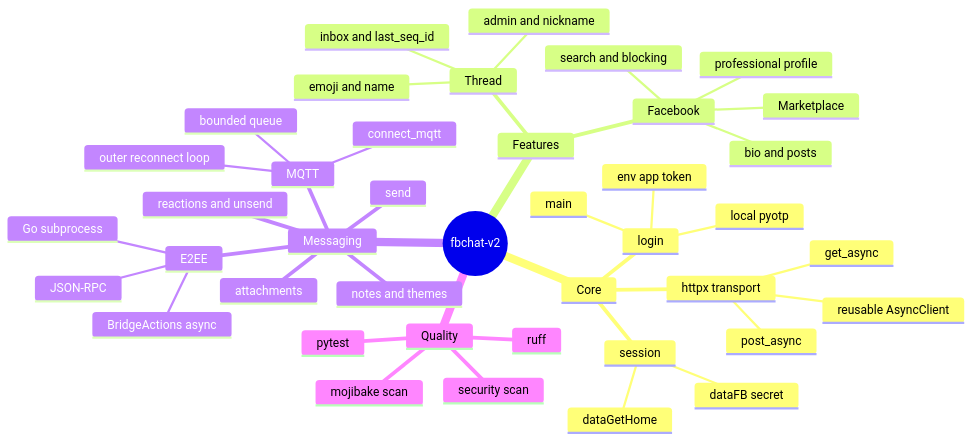
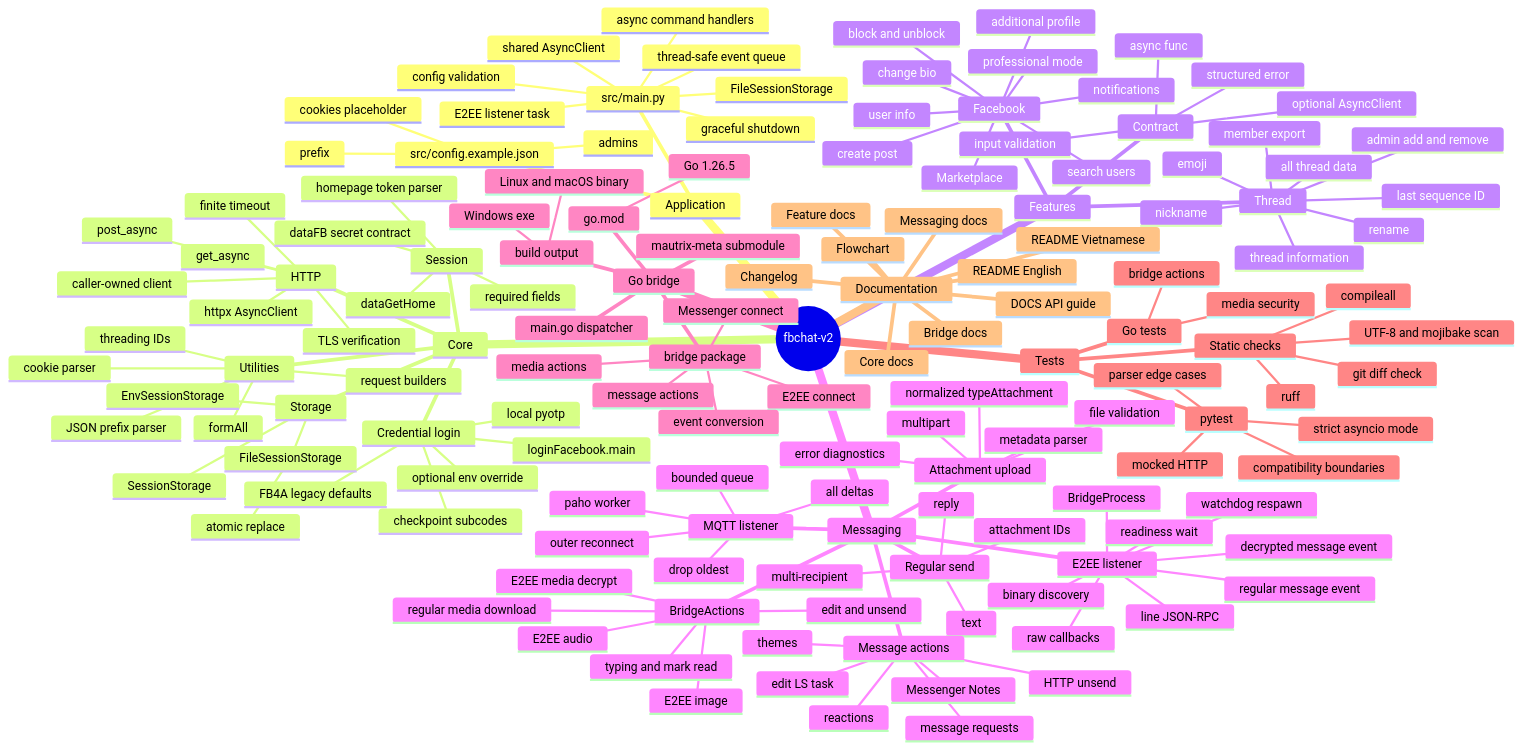
One commit to m008v/fbchat-v2 changed the diagram in mindmap-mermaid.md. Above: the diagram before and after it, drawn with Mermaid. The commit also changed other lines of this file and 19 other files, not shown here.

Commit message:
docs(release): prepare v2.2.0 async documentation

````diff
--- a/mindmap-mermaid.md
+++ b/mindmap-mermaid.md
@@ -3,44 +5,151 @@
 ```mermaid
 mindmap
   root((fbchat-v2))
+    Application
+      src/main.py
+        config validation
+        FileSessionStorage
+        shared AsyncClient
+        E2EE listener task
+        thread-safe event queue
+        async command handlers
+        graceful shutdown
+      src/config.example.json
+        cookies placeholder
+        prefix
+        admins
     Core
-      httpx transport
+      Session
+        dataGetHome
+        homepage token parser
+        required fields
+        dataFB secret contract
+      Storage
+        SessionStorage
+        FileSessionStorage
+          atomic replace
+        EnvSessionStorage
+      HTTP
+        httpx AsyncClient
         post_async
         get_async
-        reusable AsyncClient
-      session
-        dataGetHome
-        dataFB secret
-      login
-        main
+        finite timeout
+        TLS verification
+        caller-owned client
+      Utilities
+        formAll
+        request builders
+        JSON prefix parser
+        cookie parser
+        threading IDs
+      Credential login
+        loginFacebook.main
+        FB4A legacy defaults
+        optional env override
         local pyotp
-        env app token
+        checkpoint subcodes
     Features
       Facebook
-        bio and posts
-        search and blocking
-        professional profile
+        change bio
+        create post
+        search users
+        user info
+        notifications
+        block and unblock
+        professional mode
+        additional profile
         Marketplace
       Thread
-        inbox and last_seq_id
-        admin and nickname
-        emoji and name
+        all thread data
+        last sequence ID
+        thread information
+        member export
+        rename
+        emoji
+        nickname
+        admin add and remove
+      Contract
+        async func
+        optional AsyncClient
+        input validation
+        structured error
     Messaging
-      send
-      attachments
-      reactions and unsend
-      notes and themes
-      MQTT
-        connect_mqtt
+      Regular send
+        text
+        multi-recipient
+        reply
+        attachment IDs
+      Attachment upload
+        file validation
+        multipart
+        metadata parser
+        normalized typeAttachment
+        error diagnostics
+      MQTT listener
+        paho worker
         bounded queue
-        outer reconnect loop
-      E2EE
-        Go subprocess
-        JSON-RPC
-        BridgeActions async
-    Quality
+        drop oldest
+        all deltas
+        outer reconnect
+      Message actions
+        reactions
+        edit LS task
+        HTTP unsend
+        message requests
+        themes
+        Messenger Notes
+      E2EE listener
+        binary discovery
+        BridgeProcess
+        line JSON-RPC
+        readiness wait
+        raw callbacks
+        regular message event
+        decrypted message event
+        watchdog respawn
+      BridgeActions
+        edit and unsend
+        typing and mark read
+        E2EE image
+        E2EE audio
+        regular media download
+        E2EE media decrypt
+    Go bridge
+      main.go dispatcher
+      bridge package
+        Messenger connect
+        E2EE connect
+        event conversion
+        message actions
+        media actions
+      mautrix-meta submodule
+      go.mod
+        Go 1.26.5
+      build output
+        Windows exe
+        Linux and macOS binary
+    Tests
       pytest
-      ruff
-      mojibake scan
-      security scan
+        strict asyncio mode
+        mocked HTTP
+        parser edge cases
+        compatibility boundaries
+      Go tests
+        bridge actions
+        media security
+      Static checks
+        ruff
+        compileall
+        git diff check
+        UTF-8 and mojibake scan
+    Documentation
+      README Vietnamese
+      README English
+      DOCS API guide
+      Core docs
+      Feature docs
+      Messaging docs
+      Bridge docs
+      Flowchart
+      Changelog
 ```
````
